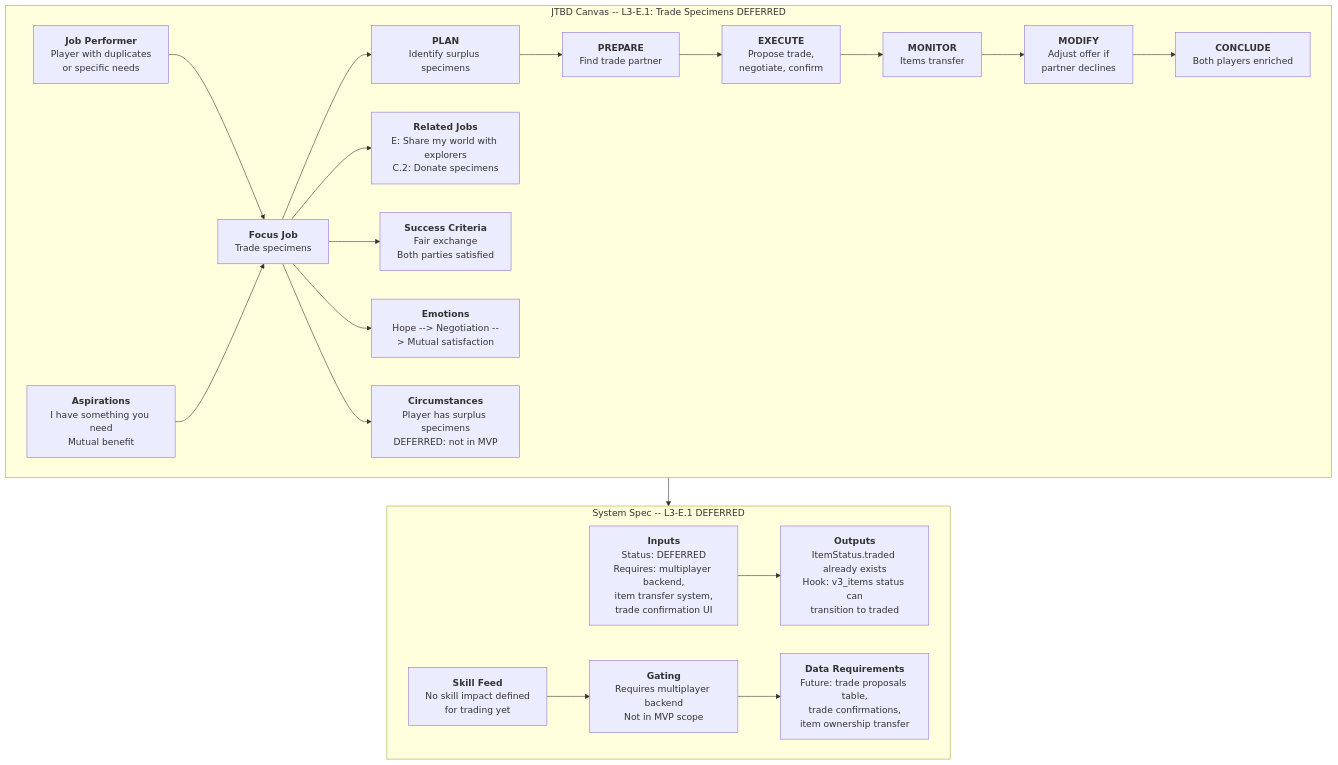
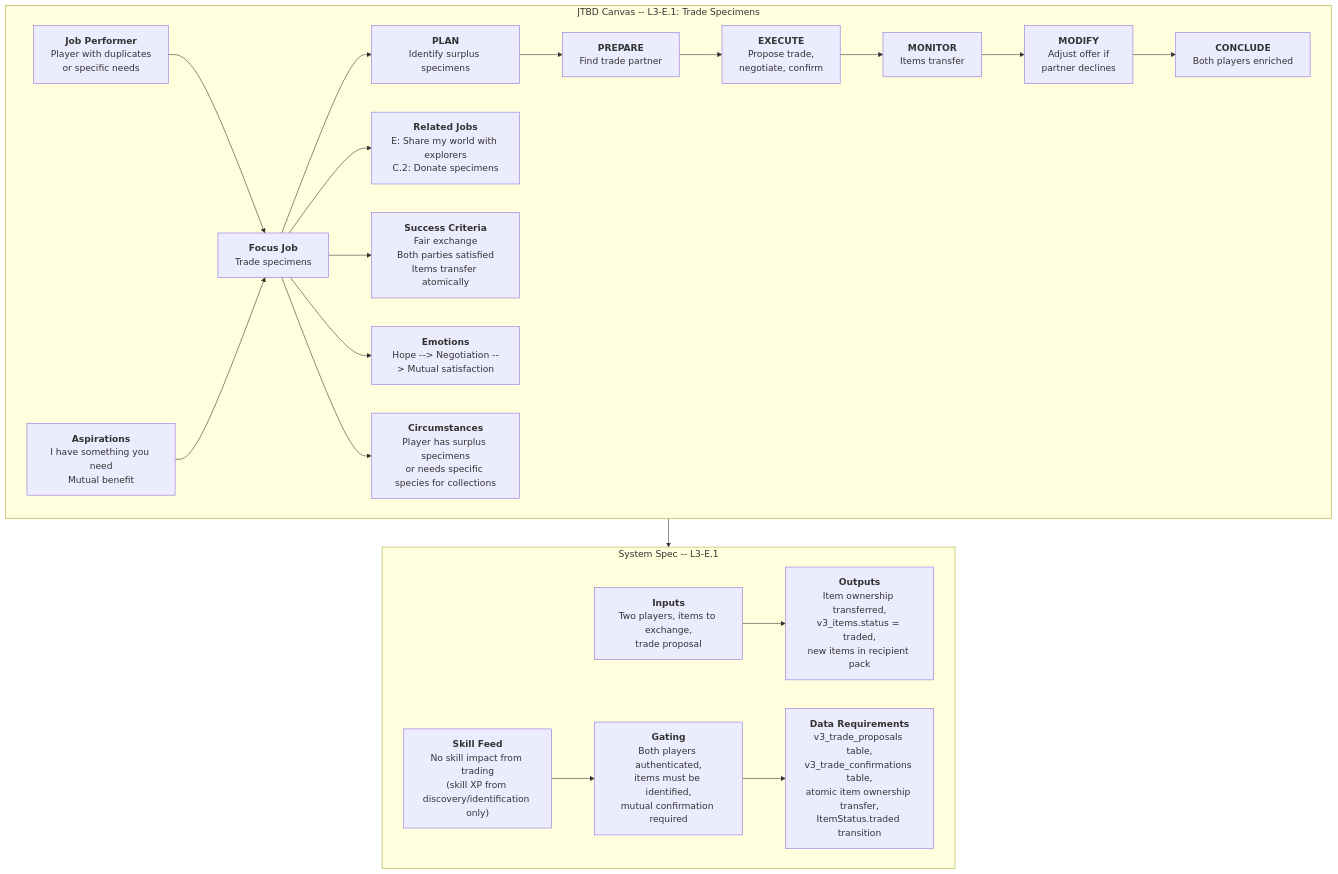
Before and after one commit to JMLegere/geo-app: the diagram in docs/diagrams/problem/e1-trade-specimens.mmd, drawn with Mermaid. The commit also changed 8 other files, not shown here.

First line of the commit message:
docs: remove all DEFERRED status — everything is in scope

```diff
--- a/docs/diagrams/problem/e1-trade-specimens.mmd
+++ b/docs/diagrams/problem/e1-trade-specimens.mmd
@@ -1,39 +1,39 @@
 flowchart TD
-    subgraph JTBD["JTBD Canvas -- L3-E.1: Trade Specimens DEFERRED"]
+    subgraph JTBD["JTBD Canvas -- L3-E.1: Trade Specimens"]
         JP["<b>Job Performer</b><br/>Player with duplicates<br/>or specific needs"]
         ASP["<b>Aspirations</b><br/>I have something you need<br/>Mutual benefit"]
         FJ["<b>Focus Job</b><br/>Trade specimens"]
         RJ["<b>Related Jobs</b><br/>E: Share my world with explorers<br/>C.2: Donate specimens"]
         PLAN["<b>PLAN</b><br/>Identify surplus specimens"]
         PREPARE["<b>PREPARE</b><br/>Find trade partner"]
         EXECUTE["<b>EXECUTE</b><br/>Propose trade,<br/>negotiate, confirm"]
         MONITOR["<b>MONITOR</b><br/>Items transfer"]
         MODIFY["<b>MODIFY</b><br/>Adjust offer if<br/>partner declines"]
         CONCLUDE["<b>CONCLUDE</b><br/>Both players enriched"]
-        SC["<b>Success Criteria</b><br/>Fair exchange<br/>Both parties satisfied"]
+        SC["<b>Success Criteria</b><br/>Fair exchange<br/>Both parties satisfied<br/>Items transfer atomically"]
         EM["<b>Emotions</b><br/>Hope --> Negotiation --> Mutual satisfaction"]
-        CIRC["<b>Circumstances</b><br/>Player has surplus specimens<br/>DEFERRED: not in MVP"]
+        CIRC["<b>Circumstances</b><br/>Player has surplus specimens<br/>or needs specific species for collections"]
 
         JP --> FJ
         ASP --> FJ
         FJ --> PLAN
         PLAN --> PREPARE --> EXECUTE --> MONITOR --> MODIFY --> CONCLUDE
         FJ --> RJ
         FJ --> SC
         FJ --> EM
         FJ --> CIRC
     end
 
-    subgraph SystemSpec["System Spec -- L3-E.1 DEFERRED"]
-        IN["<b>Inputs</b><br/>Status: DEFERRED<br/>Requires: multiplayer backend,<br/>item transfer system,<br/>trade confirmation UI"]
-        OUT["<b>Outputs</b><br/>ItemStatus.traded already exists<br/>Hook: v3_items status can<br/>transition to traded"]
-        SF["<b>Skill Feed</b><br/>No skill impact defined<br/>for trading yet"]
-        GT["<b>Gating</b><br/>Requires multiplayer backend<br/>Not in MVP scope"]
-        DR["<b>Data Requirements</b><br/>Future: trade proposals table,<br/>trade confirmations,<br/>item ownership transfer"]
+    subgraph SystemSpec["System Spec -- L3-E.1"]
+        IN["<b>Inputs</b><br/>Two players, items to exchange,<br/>trade proposal"]
+        OUT["<b>Outputs</b><br/>Item ownership transferred,<br/>v3_items.status = traded,<br/>new items in recipient pack"]
+        SF["<b>Skill Feed</b><br/>No skill impact from trading<br/>(skill XP from discovery/identification only)"]
+        GT["<b>Gating</b><br/>Both players authenticated,<br/>items must be identified,<br/>mutual confirmation required"]
+        DR["<b>Data Requirements</b><br/>v3_trade_proposals table,<br/>v3_trade_confirmations table,<br/>atomic item ownership transfer,<br/>ItemStatus.traded transition"]
 
         IN --> OUT
         SF --> GT
         GT --> DR
     end
 
     JTBD --> SystemSpec
```
